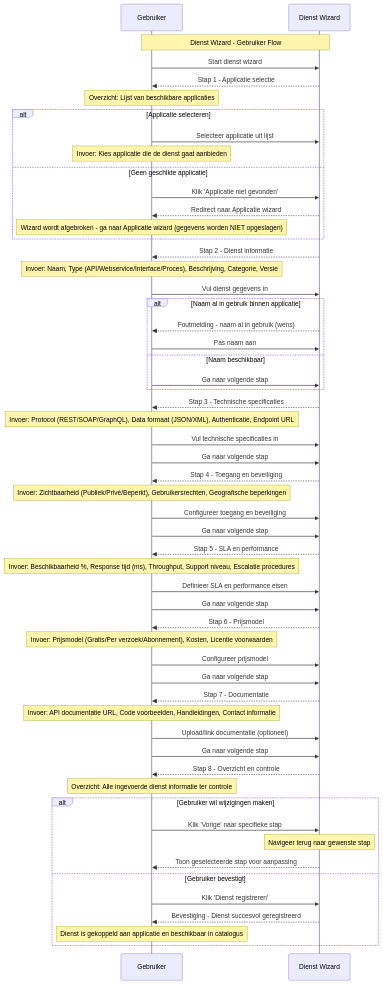
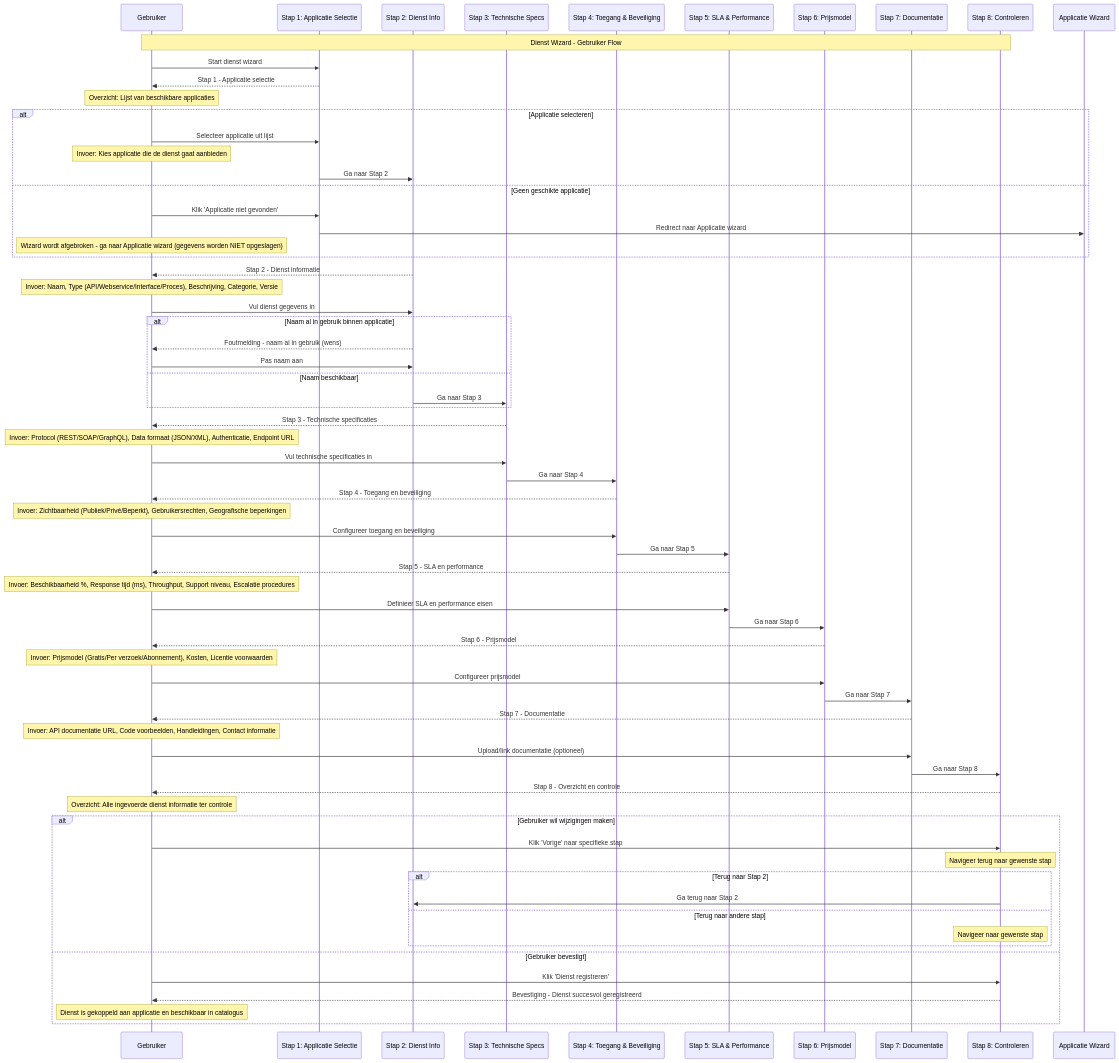
The diagram in website/docs/Functionaliteiten/K003-dienst.md (VNG-Realisatie/Softwarecatalogus), drawn with Mermaid before and after one commit. The commit also changed 1 other file, not shown here.

Commit message:
Wizard flow applicatie testen

````diff
--- a/website/docs/Functionaliteiten/K003-dienst.md
+++ b/website/docs/Functionaliteiten/K003-dienst.md
@@ -233,77 +233,90 @@
 ```mermaid
 sequenceDiagram
     participant U as Gebruiker
-    participant W as Dienst Wizard
+    participant S1 as Stap 1: Applicatie Selectie
+    participant S2 as Stap 2: Dienst Info
+    participant S3 as Stap 3: Technische Specs
+    participant S4 as Stap 4: Toegang & Beveiliging
+    participant S5 as Stap 5: SLA & Performance
+    participant S6 as Stap 6: Prijsmodel
+    participant S7 as Stap 7: Documentatie
+    participant S8 as Stap 8: Controleren
+    participant AW as Applicatie Wizard
 
-    Note over U,W: Dienst Wizard - Gebruiker Flow
+    Note over U,S8: Dienst Wizard - Gebruiker Flow
 
     %% Stap 1: Applicatie Selectie
-    U->>W: Start dienst wizard
-    W-->>U: Stap 1 - Applicatie selectie
+    U->>S1: Start dienst wizard
+    S1-->>U: Stap 1 - Applicatie selectie
     Note over U: Overzicht: Lijst van beschikbare applicaties 
     
     alt Applicatie selecteren
-        U->>W: Selecteer applicatie uit lijst
+        U->>S1: Selecteer applicatie uit lijst
         Note over U: Invoer: Kies applicatie die de dienst gaat aanbieden
+        S1->>S2: Ga naar Stap 2
     else Geen geschikte applicatie
-        U->>W: Klik 'Applicatie niet gevonden'
-        W-->>U: Redirect naar Applicatie wizard
+        U->>S1: Klik 'Applicatie niet gevonden'
+        S1->>AW: Redirect naar Applicatie wizard
         Note over U: Wizard wordt afgebroken - ga naar Applicatie wizard (gegevens worden NIET opgeslagen)
     end
 
     %% Stap 2: Dienst Informatie
-    W-->>U: Stap 2 - Dienst informatie
+    S2-->>U: Stap 2 - Dienst informatie
     Note over U: Invoer: Naam, Type (API/Webservice/Interface/Proces), Beschrijving, Categorie, Versie
-    U->>W: Vul dienst gegevens in
+    U->>S2: Vul dienst gegevens in
     
     alt Naam al in gebruik binnen applicatie
-        W-->>U: Foutmelding - naam al in gebruik (wens)
-        U->>W: Pas naam aan
+        S2-->>U: Foutmelding - naam al in gebruik (wens)
+        U->>S2: Pas naam aan
     else Naam beschikbaar
-        U->>W: Ga naar volgende stap
+        S2->>S3: Ga naar Stap 3
     end
 
     %% Stap 3: Technische Specificaties
-    W-->>U: Stap 3 - Technische specificaties
+    S3-->>U: Stap 3 - Technische specificaties
     Note over U: Invoer: Protocol (REST/SOAP/GraphQL), Data formaat (JSON/XML), Authenticatie, Endpoint URL
-    U->>W: Vul technische specificaties in
-    U->>W: Ga naar volgende stap
+    U->>S3: Vul technische specificaties in
+    S3->>S4: Ga naar Stap 4
 
     %% Stap 4: Toegang en Beveiliging
-    W-->>U: Stap 4 - Toegang en beveiliging
+    S4-->>U: Stap 4 - Toegang en beveiliging
     Note over U: Invoer: Zichtbaarheid (Publiek/Privé/Beperkt), Gebruikersrechten, Geografische beperkingen
-    U->>W: Configureer toegang en beveiliging
-    U->>W: Ga naar volgende stap
+    U->>S4: Configureer toegang en beveiliging
+    S4->>S5: Ga naar Stap 5
 
     %% Stap 5: SLA en Performance
-    W-->>U: Stap 5 - SLA en performance
+    S5-->>U: Stap 5 - SLA en performance
     Note over U: Invoer: Beschikbaarheid %, Response tijd (ms), Throughput, Support niveau, Escalatie procedures
-    U->>W: Definieer SLA en performance eisen
-    U->>W: Ga naar volgende stap
+    U->>S5: Definieer SLA en performance eisen
+    S5->>S6: Ga naar Stap 6
 
     %% Stap 6: Prijsmodel
-    W-->>U: Stap 6 - Prijsmodel
+    S6-->>U: Stap 6 - Prijsmodel
     Note over U: Invoer: Prijsmodel (Gratis/Per verzoek/Abonnement), Kosten, Licentie voorwaarden
-    U->>W: Configureer prijsmodel
-    U->>W: Ga naar volgende stap
+    U->>S6: Configureer prijsmodel
+    S6->>S7: Ga naar Stap 7
 
     %% Stap 7: Documentatie
-    W-->>U: Stap 7 - Documentatie
+    S7-->>U: Stap 7 - Documentatie
     Note over U: Invoer: API documentatie URL, Code voorbeelden, Handleidingen, Contact informatie
-    U->>W: Upload/link documentatie (optioneel)
-    U->>W: Ga naar volgende stap
+    U->>S7: Upload/link documentatie (optioneel)
+    S7->>S8: Ga naar Stap 8
 
     %% Stap 8: Controleren
-    W-->>U: Stap 8 - Overzicht en controle
+    S8-->>U: Stap 8 - Overzicht en controle
     Note over U: Overzicht: Alle ingevoerde dienst informatie ter controle
     
     alt Gebruiker wil wijzigingen maken
-        U->>W: Klik 'Vorige' naar specifieke stap
-        Note over W: Navigeer terug naar gewenste stap
-        W-->>U: Toon geselecteerde stap voor aanpassing
+        U->>S8: Klik 'Vorige' naar specifieke stap
+        Note over S8: Navigeer terug naar gewenste stap
+        alt Terug naar Stap 2
+            S8->>S2: Ga terug naar Stap 2
+        else Terug naar andere stap
+            Note over S8: Navigeer naar gewenste stap
+        end
     else Gebruiker bevestigt
-        U->>W: Klik 'Dienst registreren'
-        W-->>U: Bevestiging - Dienst succesvol geregistreerd
+        U->>S8: Klik 'Dienst registreren'
+        S8-->>U: Bevestiging - Dienst succesvol geregistreerd
         Note over U: Dienst is gekoppeld aan applicatie en beschikbaar in catalogus
     end
 ```
````
